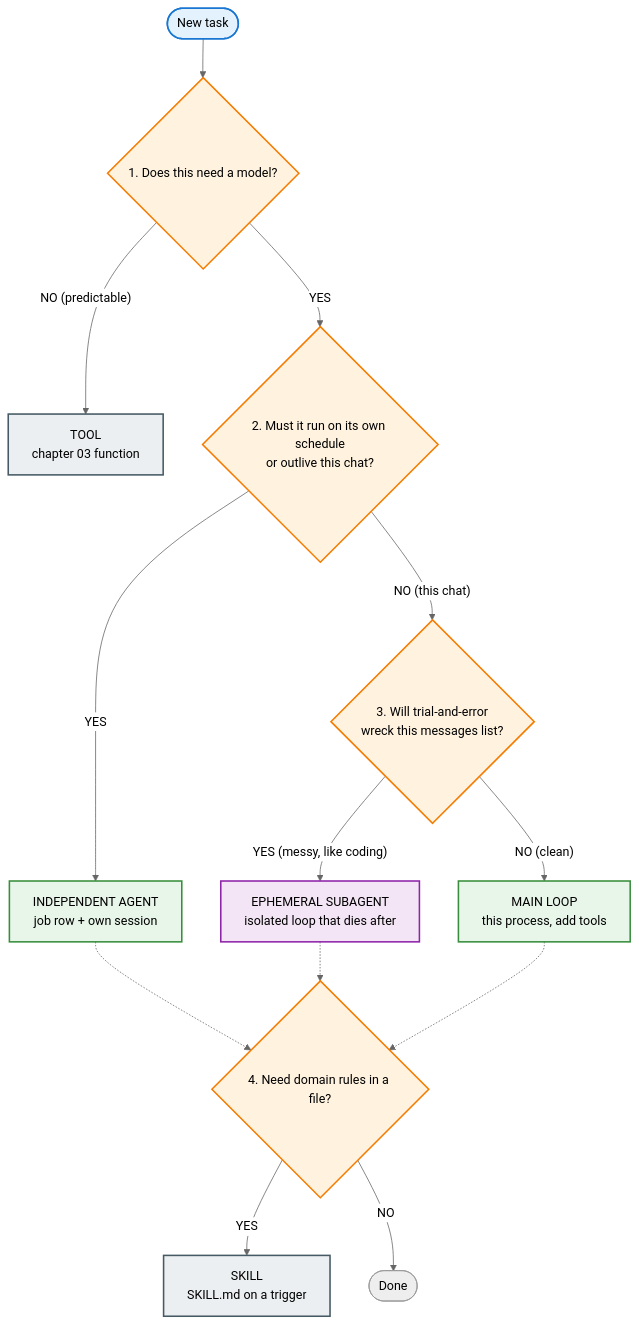
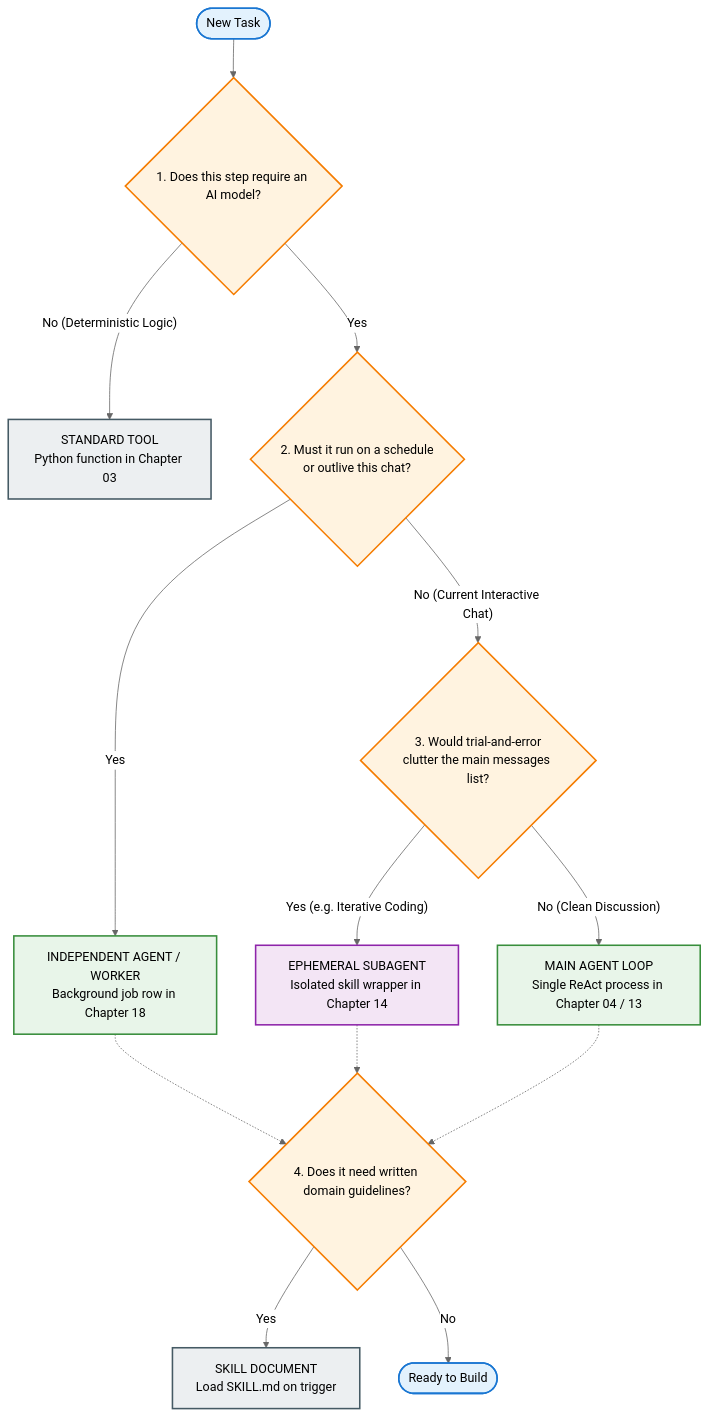
One commit to jacobbweber/AgenticAI-Labs changed the diagram in resources/notes/04_shape_tree.md. Above: the diagram before and after it, drawn with Mermaid (neutral theme). The commit also changed other lines of this file and 123 other files, not shown here.

````diff
--- a/resources/notes/04_shape_tree.md
+++ b/resources/notes/04_shape_tree.md
@@ -9,30 +11,30 @@
 ```mermaid
 flowchart TD
     classDef startNode fill:#e3f2fd,stroke:#1976d2,stroke-width:2px,color:#000
     classDef question fill:#fff3e0,stroke:#f57c00,stroke-width:2px,color:#000
     classDef tool fill:#eceff1,stroke:#455a64,stroke-width:2px,color:#000
     classDef agent fill:#e8f5e9,stroke:#388e3c,stroke-width:2px,color:#000
     classDef subagent fill:#f3e5f5,stroke:#8e24aa,stroke-width:2px,color:#000
 
-    notes04_task(["New task"]):::startNode --> notes04_q1
+    notes04_task(["New Task"]):::startNode --> notes04_q1
 
-    notes04_q1{"1. Does this need a model?"}:::question
-    notes04_q1 -- "NO (predictable)" --> notes04_tool["TOOL<br/>chapter 03 function"]:::tool
-    notes04_q1 -- "YES" --> notes04_q2
+    notes04_q1{"1. Does this step require an AI model?"}:::question
+    notes04_q1 -- "No (Deterministic Logic)" --> notes04_tool["STANDARD TOOL<br/>Python function in Chapter 03"]:::tool
+    notes04_q1 -- "Yes" --> notes04_q2
 
-    notes04_q2{"2. Must it run on its own schedule<br/>or outlive this chat?"}:::question
-    notes04_q2 -- "YES" --> notes04_ind["INDEPENDENT AGENT<br/>job row + own session"]:::agent
-    notes04_q2 -- "NO (this chat)" --> notes04_q3
+    notes04_q2{"2. Must it run on a schedule<br/>or outlive this chat?"}:::question
+    notes04_q2 -- "Yes" --> notes04_ind["INDEPENDENT AGENT / WORKER<br/>Background job row in Chapter 18"]:::agent
+    notes04_q2 -- "No (Current Interactive Chat)" --> notes04_q3
 
-    notes04_q3{"3. Will trial-and-error<br/>wreck this messages list?"}:::question
-    notes04_q3 -- "YES (messy, like coding)" --> notes04_sub["EPHEMERAL SUBAGENT<br/>isolated loop that dies after"]:::subagent
-    notes04_q3 -- "NO (clean)" --> notes04_loop["MAIN LOOP<br/>this process, add tools"]:::agent
+    notes04_q3{"3. Would trial-and-error<br/>clutter the main messages list?"}:::question
+    notes04_q3 -- "Yes (e.g. Iterative Coding)" --> notes04_sub["EPHEMERAL SUBAGENT<br/>Isolated skill wrapper in Chapter 14"]:::subagent
+    notes04_q3 -- "No (Clean Discussion)" --> notes04_loop["MAIN AGENT LOOP<br/>Single ReAct process in Chapter 04 / 13"]:::agent
 
     notes04_ind -.-> notes04_q4
     notes04_sub -.-> notes04_q4
     notes04_loop -.-> notes04_q4
 
-    notes04_q4{"4. Need domain rules in a file?"}:::question
-    notes04_q4 -- "YES" --> notes04_skill["SKILL<br/>SKILL.md on a trigger"]:::tool
-    notes04_q4 -- "NO" --> notes04_done(["Done"])
+    notes04_q4{"4. Does it need written domain guidelines?"}:::question
+    notes04_q4 -- "Yes" --> notes04_skill["SKILL DOCUMENT<br/>Load SKILL.md on trigger"]:::tool
+    notes04_q4 -- "No" --> notes04_done(["Ready to Build"]):::startNode
 ```
````
